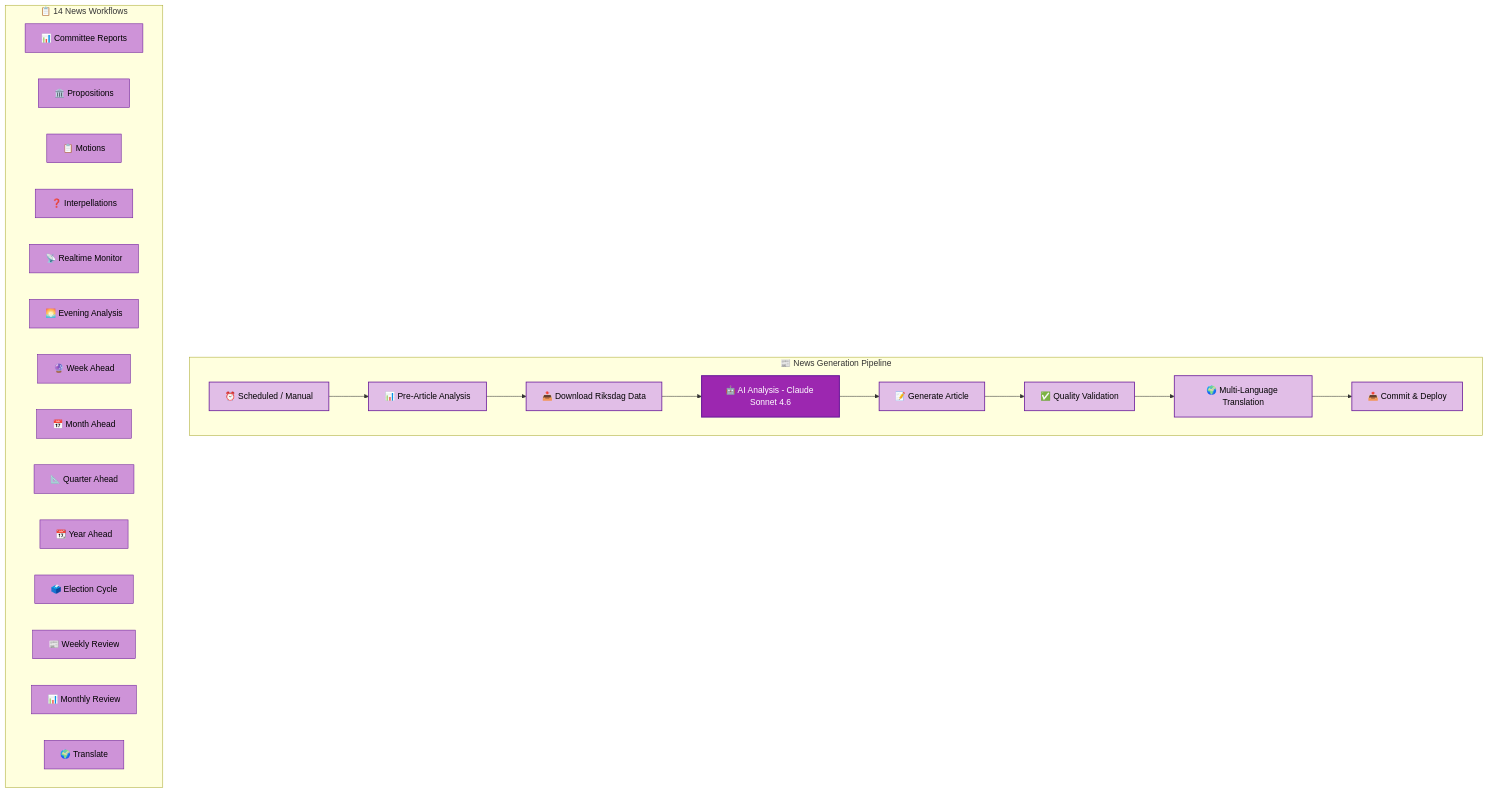
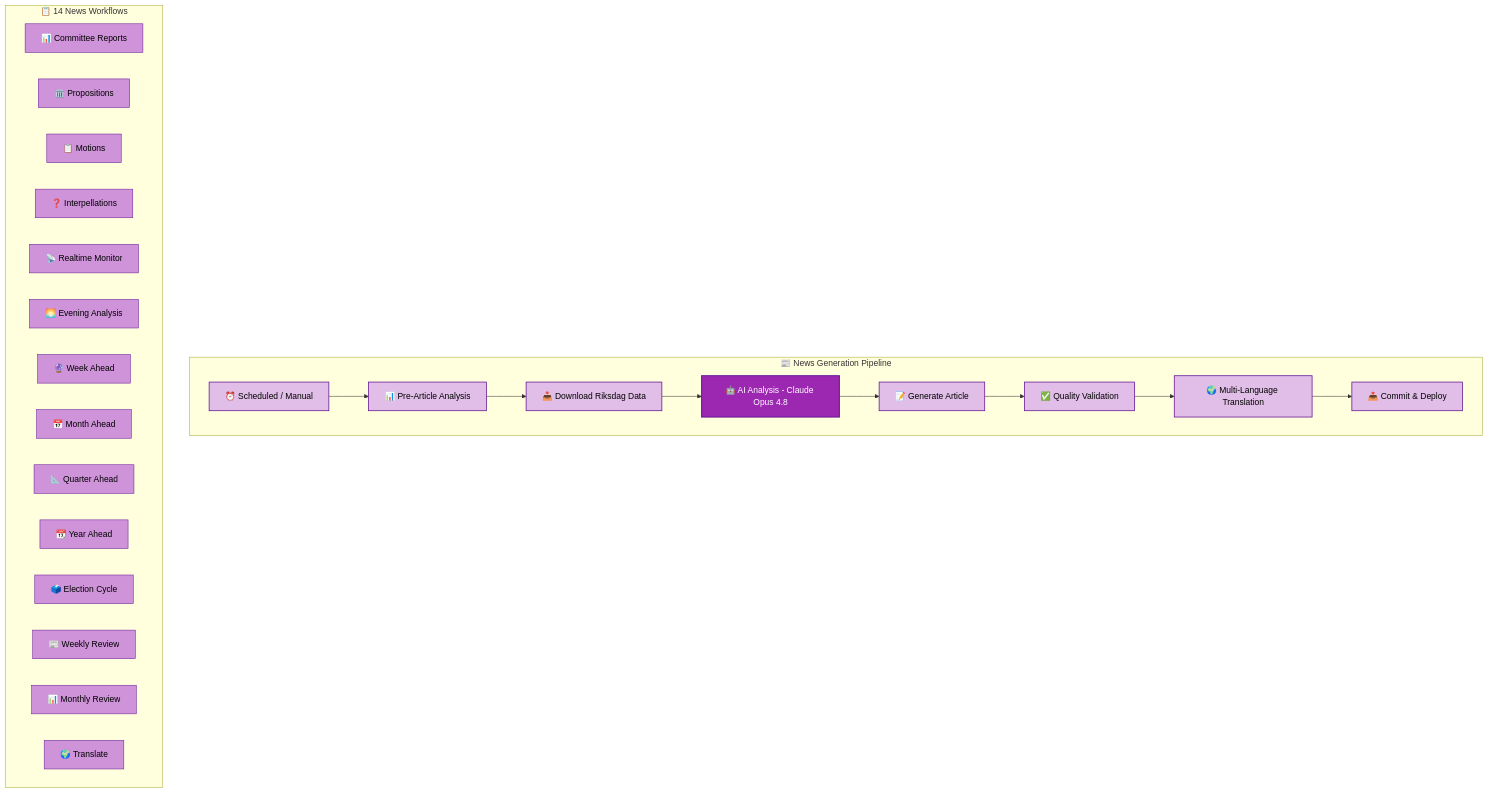
Before and after one commit to Hack23/riksdagsmonitor: the tenth of 20 diagrams in WORKFLOWS.md, drawn with Mermaid. The commit also changed other lines of this file and 42 other files, not shown here.

Commit message:
Switch agentic workflows to claude-opus-4.8 (translate stays sonnet-4.6)

````diff
--- a/WORKFLOWS.md
+++ b/WORKFLOWS.md
@@ -739,37 +742,37 @@
 ```mermaid
 flowchart TD
     subgraph "📰 News Generation Pipeline"
         Trigger[⏰ Scheduled / Manual] --> PreAnalysis[📊 Pre-Article Analysis]
         PreAnalysis --> Download[📥 Download Riksdag Data]
-        Download --> AIAnalysis[🤖 AI Analysis - Claude Sonnet 4.6]
+        Download --> AIAnalysis[🤖 AI Analysis - Claude Opus 4.8]
         AIAnalysis --> Generate[📝 Generate Article]
         Generate --> QualityCheck[✅ Quality Validation]
         QualityCheck --> Translate[🌍 Multi-Language Translation]
         Translate --> Deploy[📤 Commit & Deploy]
     end
 
     subgraph "📋 14 News Workflows"
         W1[📊 Committee Reports]
         W2[🏛️ Propositions]
         W3[📋 Motions]
         W4[❓ Interpellations]
         W5[📡 Realtime Monitor]
         W6[🌅 Evening Analysis]
         W7[🔮 Week Ahead]
         W8[📅 Month Ahead]
         W9[📐 Quarter Ahead]
         W10[📆 Year Ahead]
         W11[🗳️ Election Cycle]
         W12[📰 Weekly Review]
         W13[📊 Monthly Review]
         W14[🌍 Translate]
     end
 
     classDef pipeline fill:#e1bee7,stroke:#6a1b9a,stroke-width:1.5px,color:black
     classDef workflow fill:#ce93d8,stroke:#6a1b9a,stroke-width:1px,color:black
     classDef ai fill:#9C27B0,stroke:#6a1b9a,stroke-width:2px,color:white
 
     class Trigger,PreAnalysis,Download,Generate,QualityCheck,Translate,Deploy pipeline
     class AIAnalysis ai
     class W1,W2,W3,W4,W5,W6,W7,W8,W9,W10,W11,W12,W13,W14 workflow
 ```
````
